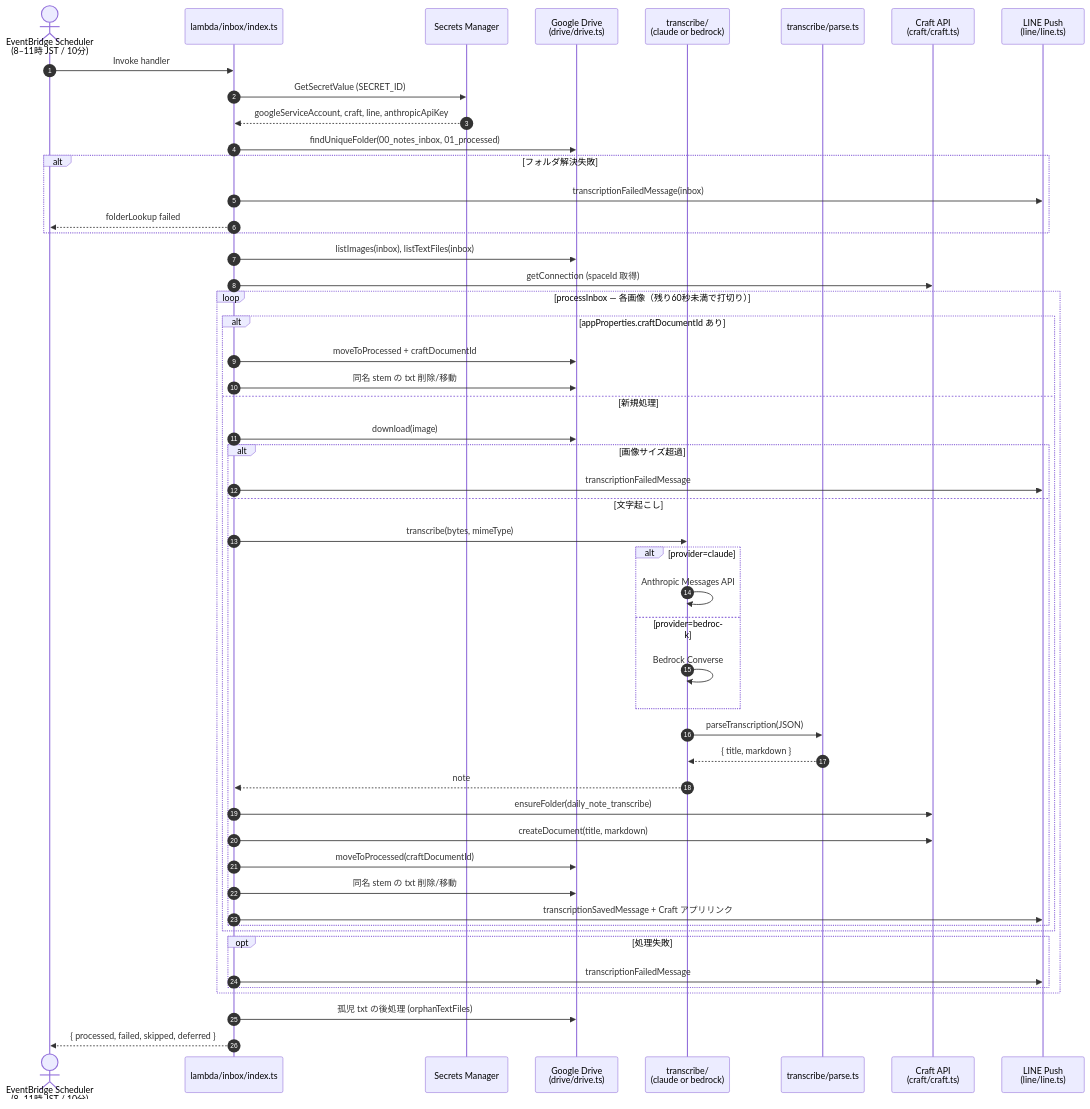
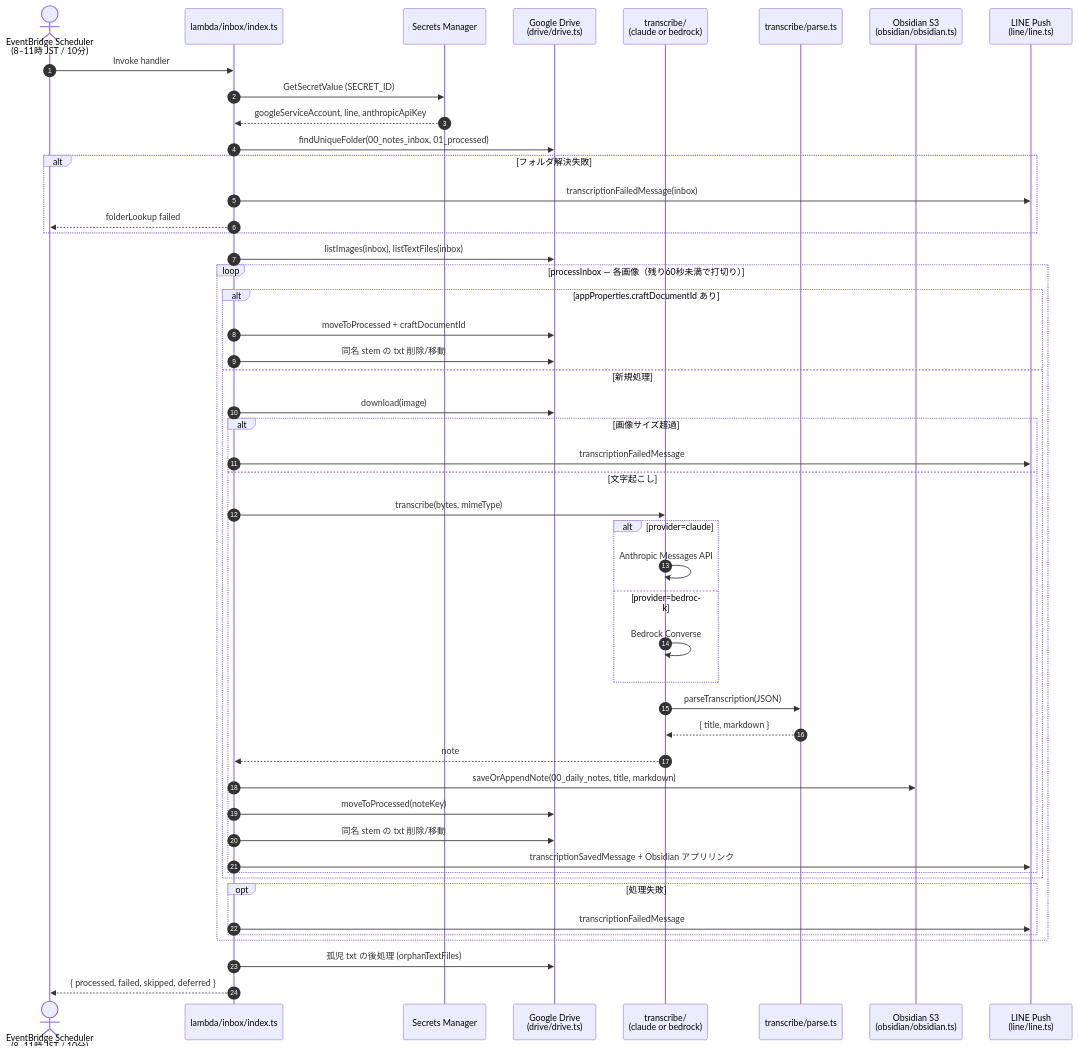
Before and after one commit to suzy1031/transcribe-save-to-notes-app: the first of 5 diagrams in specifications/request-sequence.md, drawn with Mermaid. The commit also changed other lines of this file and 3 other files, not shown here.

````diff
--- a/specifications/request-sequence.md
+++ b/specifications/request-sequence.md
@@ -23,58 +23,56 @@
 ```mermaid
 sequenceDiagram
     autonumber
     actor Scheduler as EventBridge Scheduler<br/>(8–11時 JST / 10分)
     participant Handler as lambda/inbox/index.ts
     participant SM as Secrets Manager
     participant Drive as Google Drive<br/>(drive/drive.ts)
     participant Transcribe as transcribe/<br/>(claude or bedrock)
     participant Parse as transcribe/parse.ts
-    participant Craft as Craft API<br/>(craft/craft.ts)
+    participant Obsidian as Obsidian S3<br/>(obsidian/obsidian.ts)
     participant Line as LINE Push<br/>(line/line.ts)
 
     Scheduler->>Handler: Invoke handler
     Handler->>SM: GetSecretValue (SECRET_ID)
-    SM-->>Handler: googleServiceAccount, craft, line, anthropicApiKey
+    SM-->>Handler: googleServiceAccount, line, anthropicApiKey
 
     Handler->>Drive: findUniqueFolder(00_notes_inbox, 01_processed)
     alt フォルダ解決失敗
         Handler->>Line: transcriptionFailedMessage(inbox)
         Handler-->>Scheduler: folderLookup failed
     end
 
     Handler->>Drive: listImages(inbox), listTextFiles(inbox)
-    Handler->>Craft: getConnection (spaceId 取得)
 
     loop processInbox — 各画像（残り60秒未満で打切り）
         alt appProperties.craftDocumentId あり
             Handler->>Drive: moveToProcessed + craftDocumentId
             Handler->>Drive: 同名 stem の txt 削除/移動
         else 新規処理
             Handler->>Drive: download(image)
             alt 画像サイズ超過
                 Handler->>Line: transcriptionFailedMessage
             else 文字起こし
                 Handler->>Transcribe: transcribe(bytes, mimeType)
                 alt provider=claude
                     Transcribe->>Transcribe: Anthropic Messages API
                 else provider=bedrock
                     Transcribe->>Transcribe: Bedrock Converse
                 end
                 Transcribe->>Parse: parseTranscription(JSON)
                 Parse-->>Transcribe: { title, markdown }
                 Transcribe-->>Handler: note
-                Handler->>Craft: ensureFolder(daily_note_transcribe)
-                Handler->>Craft: createDocument(title, markdown)
-                Handler->>Drive: moveToProcessed(craftDocumentId)
+                Handler->>Obsidian: saveOrAppendNote(00_daily_notes, title, markdown)
+                Handler->>Drive: moveToProcessed(noteKey)
                 Handler->>Drive: 同名 stem の txt 削除/移動
-                Handler->>Line: transcriptionSavedMessage + Craft アプリリンク
+                Handler->>Line: transcriptionSavedMessage + Obsidian アプリリンク
             end
         end
         opt 処理失敗
             Handler->>Line: transcriptionFailedMessage
         end
     end
 
     Handler->>Drive: 孤児 txt の後処理 (orphanTextFiles)
     Handler-->>Scheduler: { processed, failed, skipped, deferred }
 ```
````
